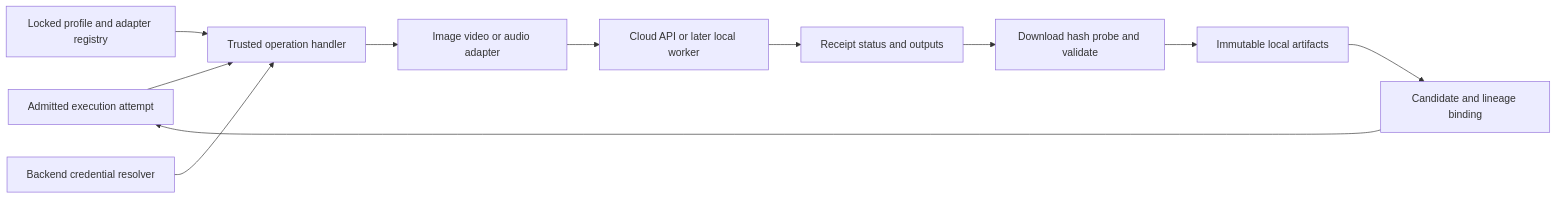
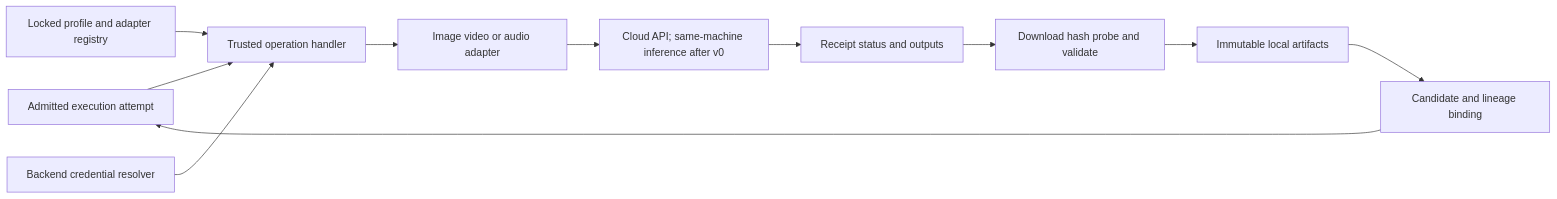
One commit to Michael-Ma/OpenSlate changed the diagram in docs/technical/PROVIDERS-ARTIFACTS.md. Above: the diagram before and after it, drawn with Mermaid. The commit also changed other lines of this file and 62 other files, not shown here.

````diff
--- a/docs/technical/PROVIDERS-ARTIFACTS.md
+++ b/docs/technical/PROVIDERS-ARTIFACTS.md
@@ -10,13 +12,13 @@
 ```mermaid
 flowchart LR
     Engine[Admitted execution attempt] --> Handler[Trusted operation handler]
     Registry[Locked profile and adapter registry] --> Handler
     Secret[Backend credential resolver] --> Handler
     Handler --> Adapter[Image video or audio adapter]
-    Adapter --> Provider[Cloud API or later local worker]
+    Adapter --> Provider[Cloud API; same-machine inference after v0]
     Provider --> Receipt[Receipt status and outputs]
     Receipt --> Ingest[Download hash probe and validate]
     Ingest --> Store[Immutable local artifacts]
     Store --> Binding[Candidate and lineage binding]
     Binding --> Engine
 ```
````
